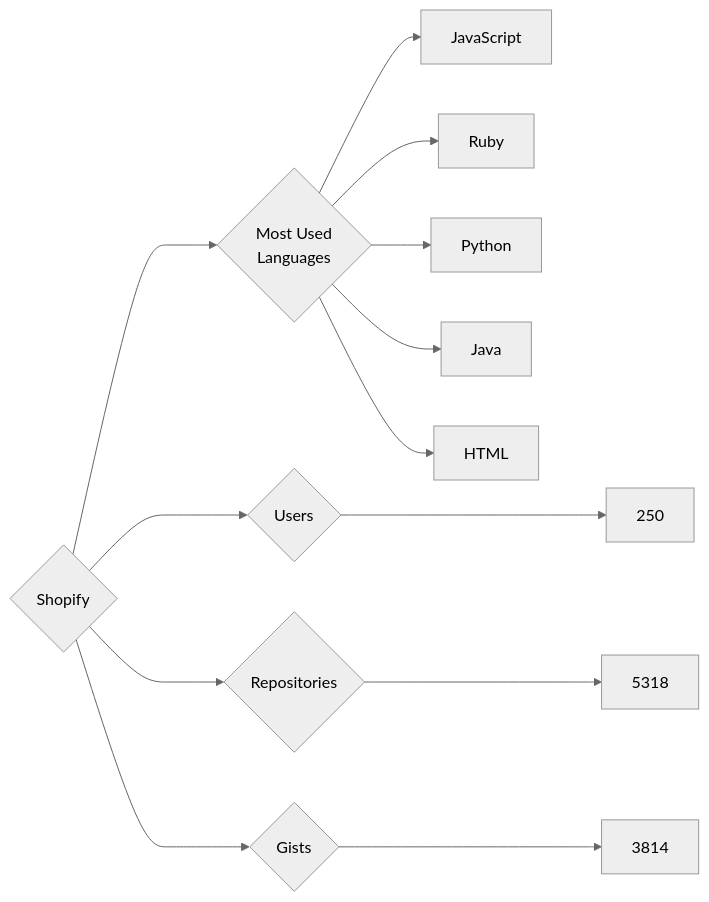
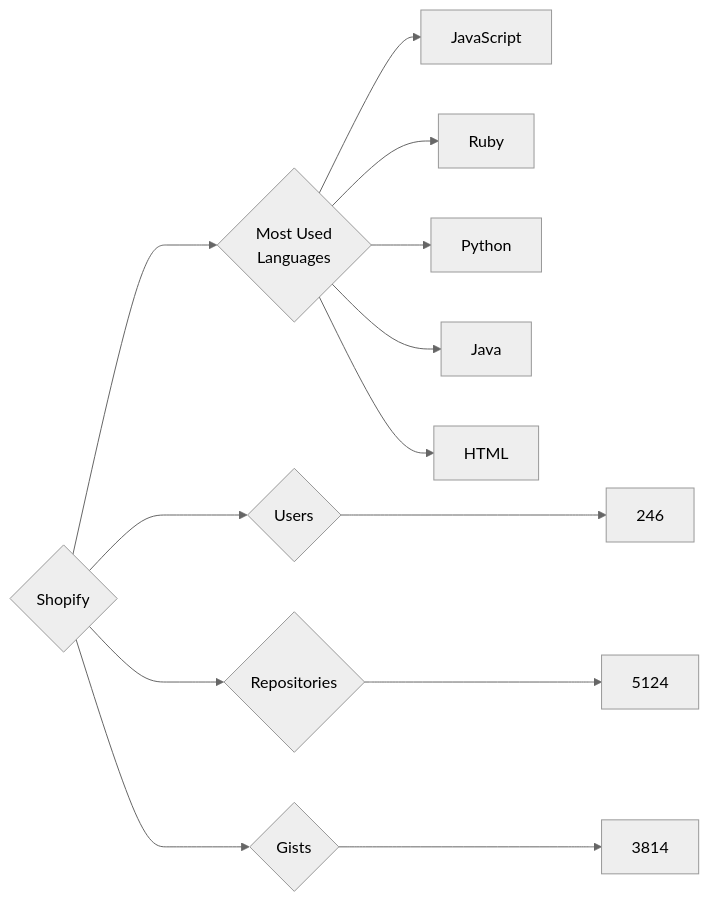
One commit to trickest/insiders changed the diagram in targets/Shopify/README.md. Above: the diagram before and after it, drawn with Mermaid (neutral theme). The commit also changed 725 other files, not shown here.

````diff
--- a/targets/Shopify/README.md
+++ b/targets/Shopify/README.md
@@ -3,13 +3,13 @@
 ```mermaid
 graph LR
 COMPANY_NAME{Shopify}
-COMPANY_NAME ---> U{Users} ---> UN[250]
-COMPANY_NAME ---> R{Repositories} ---> RN[5318]
+COMPANY_NAME ---> U{Users} ---> UN[246]
+COMPANY_NAME ---> R{Repositories} ---> RN[5124]
 COMPANY_NAME ---> G{Gists} ---> GN[3814]
 COMPANY_NAME ---> ML{Most Used<br>Languages}
 ML --> JavaScript[JavaScript]
 ML --> Ruby[Ruby]
 ML --> Python[Python]
 ML --> Java[Java]
 ML --> HTML[HTML]
 ```
````
